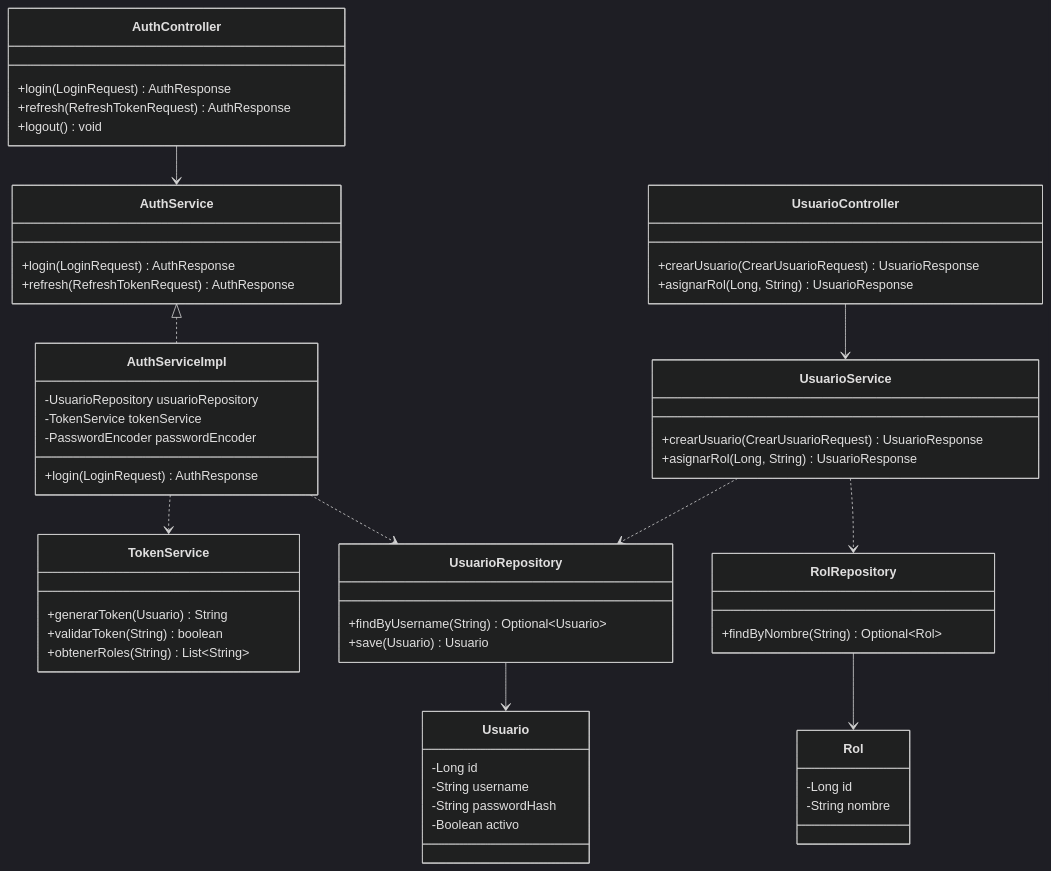
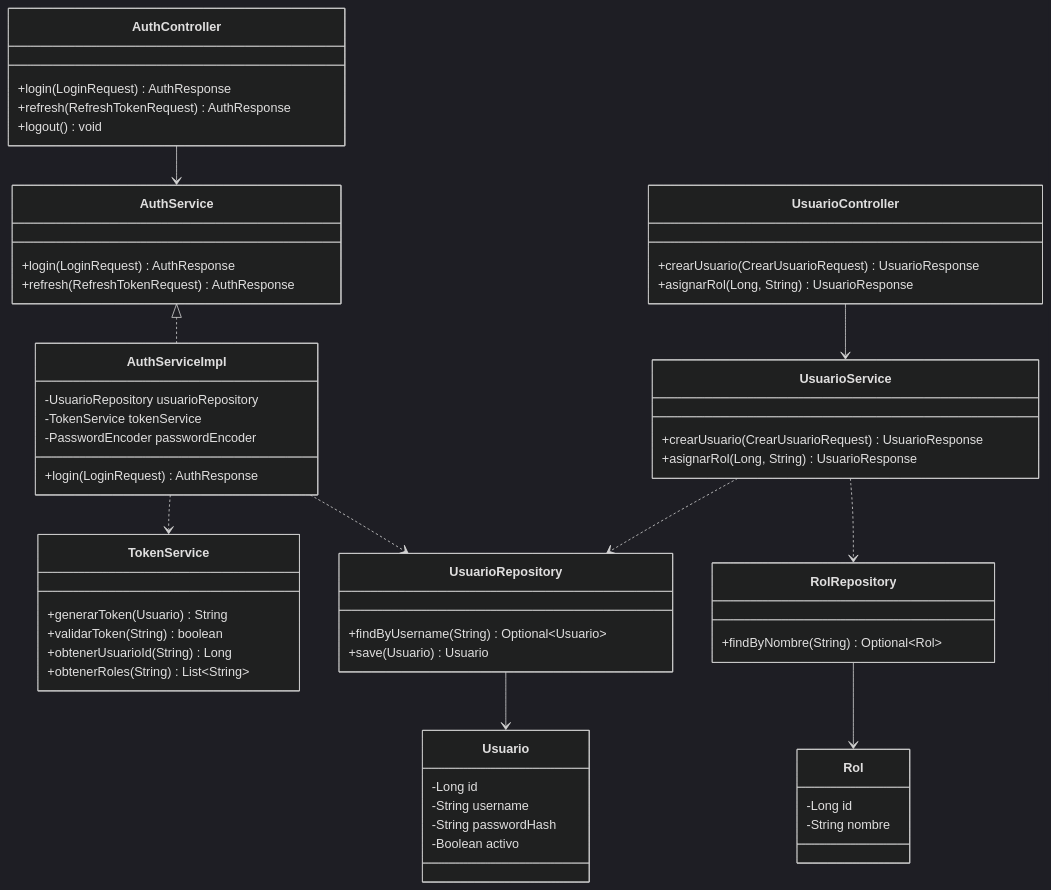
Before and after one commit to 262dist/pagatu: the ninth of 15 diagrams in README_02_ARQUITECTURA_DETALLADA.md, drawn with Mermaid (dark theme). The commit also changed other lines of this file, not shown here.

````diff
--- a/README_02_ARQUITECTURA_DETALLADA.md
+++ b/README_02_ARQUITECTURA_DETALLADA.md
@@ -335,67 +339,68 @@
 ```mermaid
 classDiagram
     class AuthController {
         +login(LoginRequest) AuthResponse
         +refresh(RefreshTokenRequest) AuthResponse
         +logout() void
     }
 
     class UsuarioController {
         +crearUsuario(CrearUsuarioRequest) UsuarioResponse
         +asignarRol(Long, String) UsuarioResponse
     }
 
     class AuthService {
         +login(LoginRequest) AuthResponse
         +refresh(RefreshTokenRequest) AuthResponse
     }
 
     class AuthServiceImpl {
         -UsuarioRepository usuarioRepository
         -TokenService tokenService
         -PasswordEncoder passwordEncoder
         +login(LoginRequest) AuthResponse
     }
 
     class UsuarioService {
         +crearUsuario(CrearUsuarioRequest) UsuarioResponse
         +asignarRol(Long, String) UsuarioResponse
     }
 
     class TokenService {
         +generarToken(Usuario) String
         +validarToken(String) boolean
+        +obtenerUsuarioId(String) Long
         +obtenerRoles(String) List~String~
     }
 
     class UsuarioRepository {
         +findByUsername(String) Optional~Usuario~
         +save(Usuario) Usuario
     }
 
     class RolRepository {
         +findByNombre(String) Optional~Rol~
     }
 
     class Usuario {
         -Long id
         -String username
         -String passwordHash
         -Boolean activo
     }
 
     class Rol {
         -Long id
         -String nombre
     }
 
     AuthController --> AuthService
     UsuarioController --> UsuarioService
     AuthService <|.. AuthServiceImpl
     AuthServiceImpl ..> UsuarioRepository
     AuthServiceImpl ..> TokenService
     UsuarioService ..> UsuarioRepository
     UsuarioService ..> RolRepository
     UsuarioRepository --> Usuario
     RolRepository --> Rol
 ```
````
